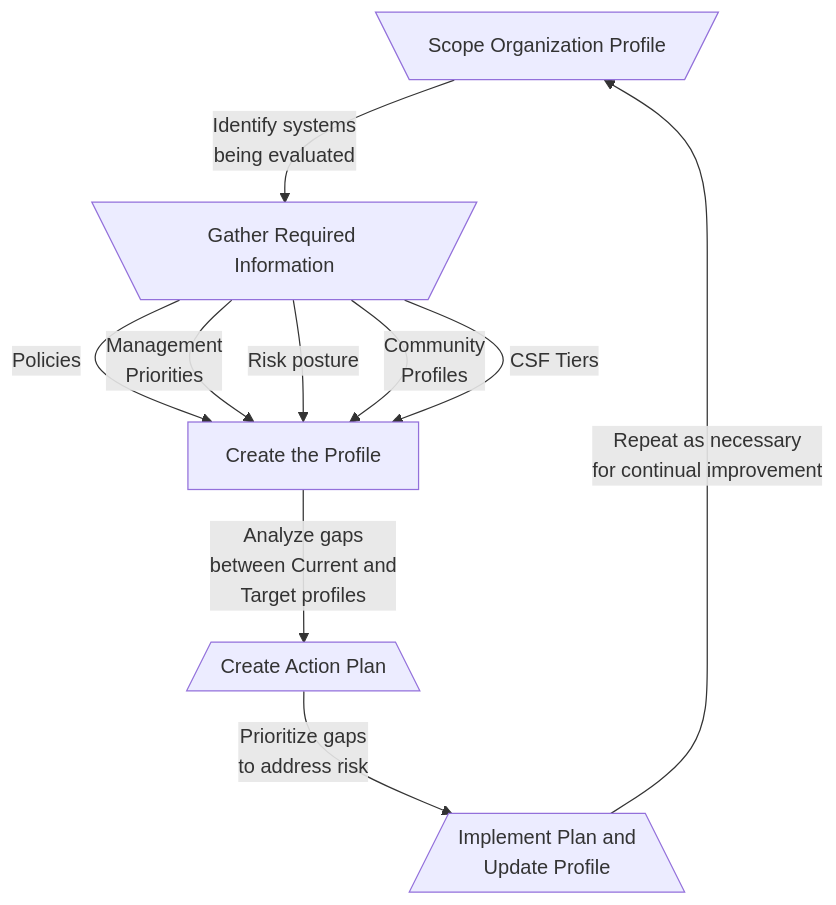
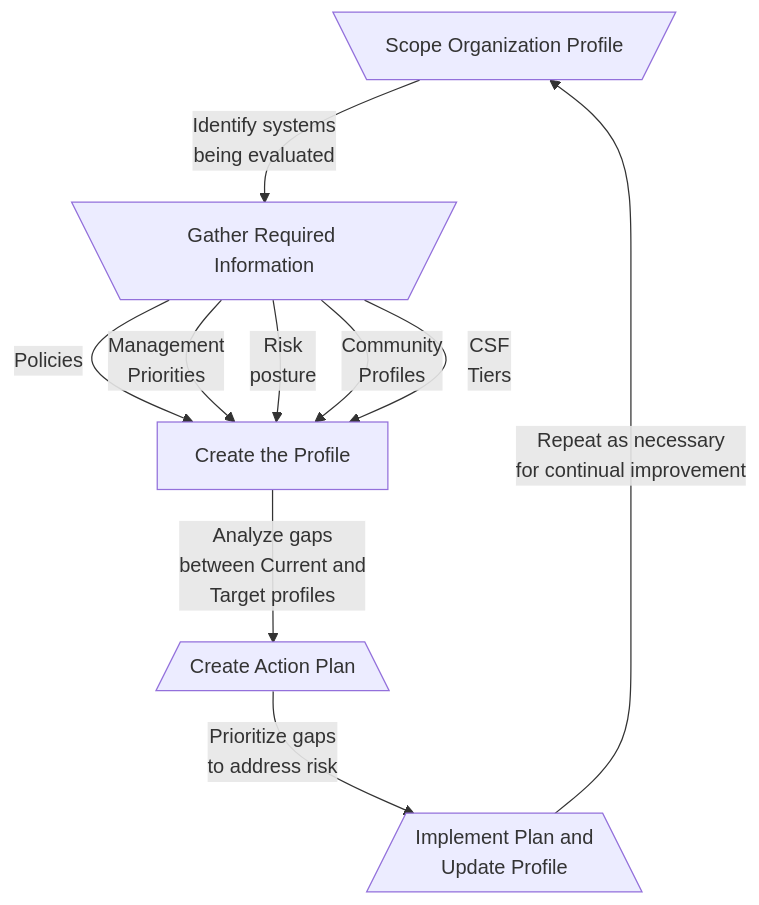
Before and after one commit to WiseGuru/MaxwellCTI: the diagram in src/site/notes/Frameworks, Standards, and Regulations/NIST/NIST CSF/NIST CSF.md, drawn with Mermaid.

Commit message:
Published multiple files

````diff
--- a/src/site/notes/Frameworks, Standards, and Regulations/NIST/NIST CSF/NIST CSF.md
+++ b/src/site/notes/Frameworks, Standards, and Regulations/NIST/NIST CSF/NIST CSF.md
@@ -94,31 +94,33 @@
 ```mermaid
 flowchart
 A[\Scope Organization Profile/]
 B[\Gather Required Information/]
 C[Create the Profile]
 D[/Create Action Plan\]
 E[/Implement Plan and
 Update Profile\]
 
 A-->|Identify systems
 being evaluated| B
 
 B -->|Policies| C
 B-->|Management 
 Priorities| C
-B-->|Risk posture| C
+B-->|Risk
+posture| C
 B-->|Community
 Profiles| C
-B-->|CSF Tiers| C
+B-->|CSF
+Tiers| C
 
 C-->|Analyze gaps
 between Current and
 Target profiles|D
 
 D-->|Prioritize gaps
 to address risk|E
 
 E-->|Repeat as necessary
 for continual improvement|A
 
 ```
````
